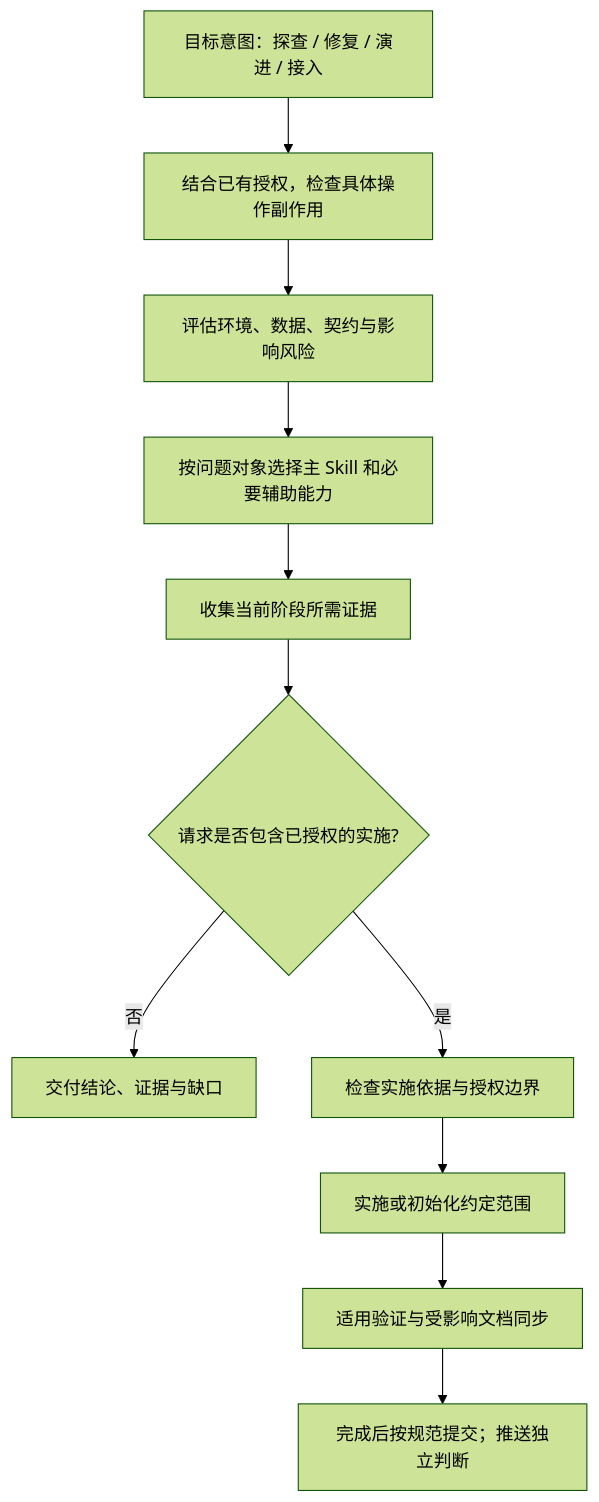
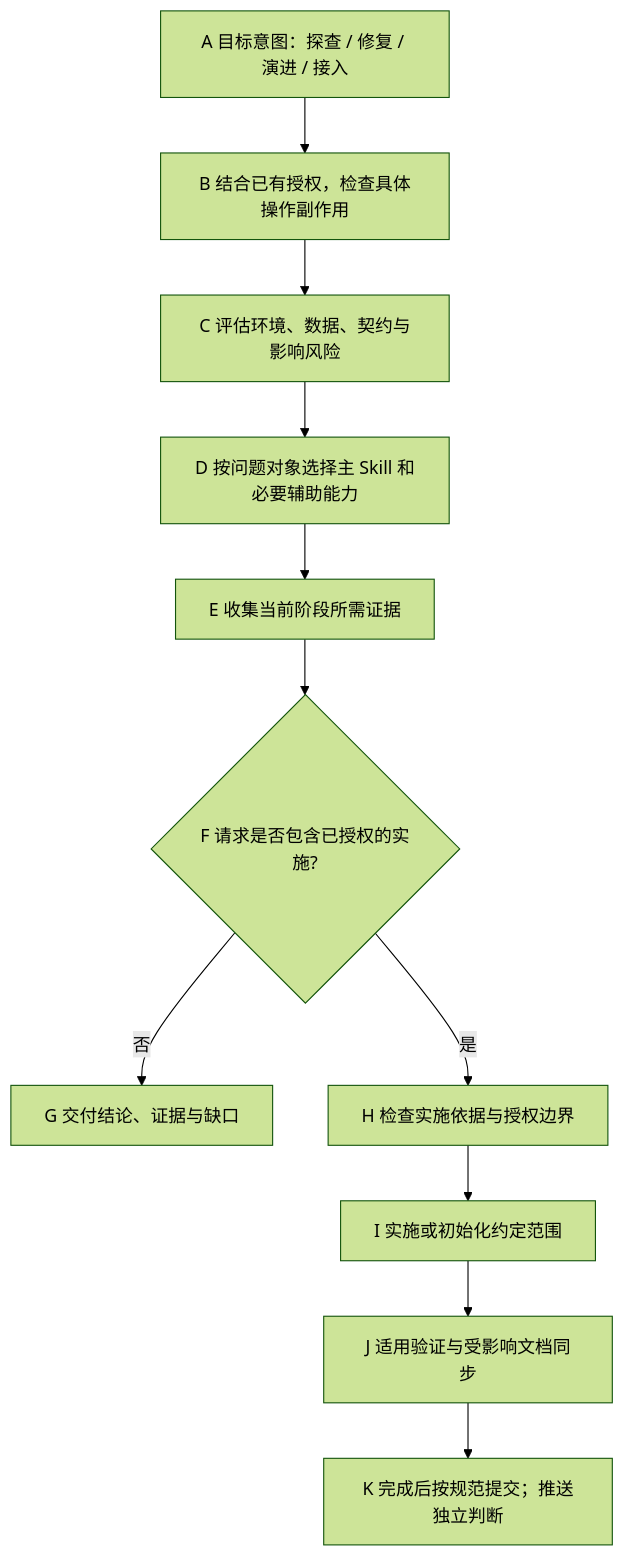
Before and after one commit to exception-coder/team-standards: the first of 3 diagrams in docs/skill-flow.md, drawn with Mermaid (forest theme). The commit also changed other lines of this file and 3 other files, not shown here.

First line of the commit message:
docs(flow): 补全链路节点与源码目录映射

````diff
--- a/docs/skill-flow.md
+++ b/docs/skill-flow.md
@@ -11,13 +13,13 @@
 ```mermaid
 flowchart TD
-    A["目标意图：探查 / 修复 / 演进 / 接入"] --> B["结合已有授权，检查具体操作副作用"]
-    B --> C["评估环境、数据、契约与影响风险"]
-    C --> D["按问题对象选择主 Skill 和必要辅助能力"]
-    D --> E["收集当前阶段所需证据"]
-    E --> F{"请求是否包含已授权的实施?"}
-    F -->|"否"| G["交付结论、证据与缺口"]
-    F -->|"是"| H["检查实施依据与授权边界"]
-    H --> I["实施或初始化约定范围"]
-    I --> J["适用验证与受影响文档同步"]
-    J --> K["完成后按规范提交；推送独立判断"]
+    A["A 目标意图：探查 / 修复 / 演进 / 接入"] --> B["B 结合已有授权，检查具体操作副作用"]
+    B --> C["C 评估环境、数据、契约与影响风险"]
+    C --> D["D 按问题对象选择主 Skill 和必要辅助能力"]
+    D --> E["E 收集当前阶段所需证据"]
+    E --> F{"F 请求是否包含已授权的实施?"}
+    F -->|"否"| G["G 交付结论、证据与缺口"]
+    F -->|"是"| H["H 检查实施依据与授权边界"]
+    H --> I["I 实施或初始化约定范围"]
+    I --> J["J 适用验证与受影响文档同步"]
+    J --> K["K 完成后按规范提交；推送独立判断"]
 ```
````
